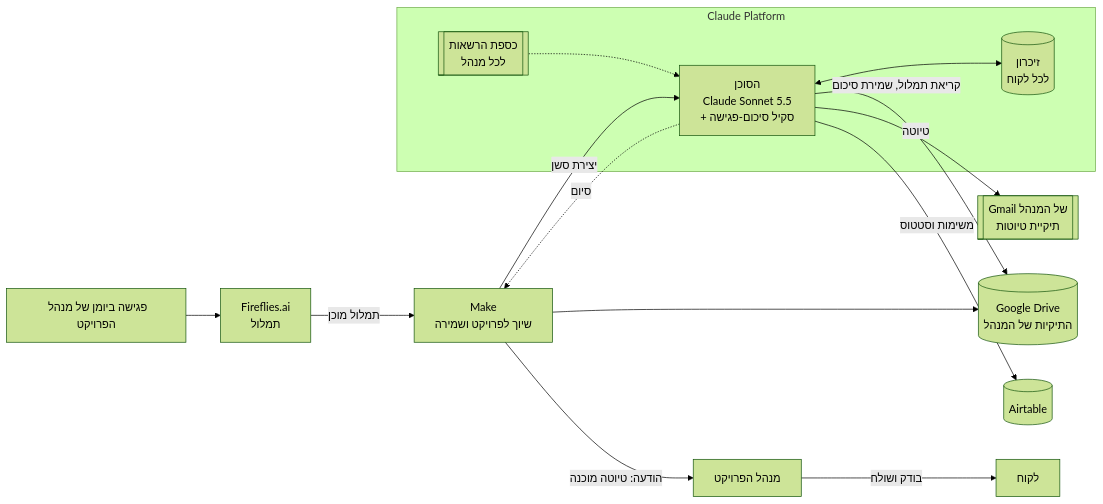
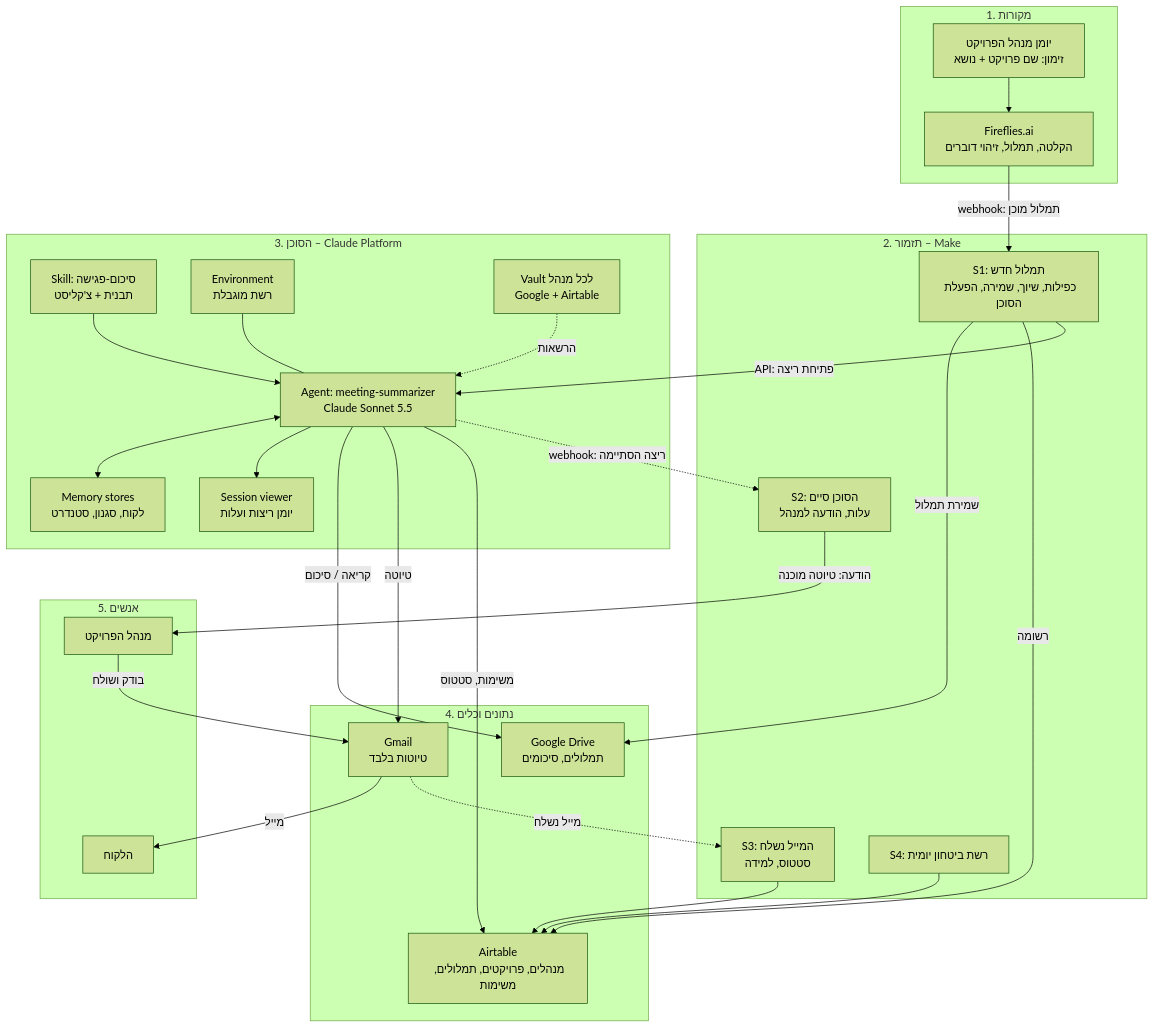
Before and after one commit to Inbalmrz/meeting-summary-agent: the first of 4 diagrams in SPEC.md, drawn with Mermaid (forest theme). The commit also changed other lines of this file, not shown here.

Commit message:
Expand architecture: layers, components, data flow, permissions, isolation, failures; add process diagrams

````diff
--- a/SPEC.md
+++ b/SPEC.md
@@ -130,22 +134,55 @@
 ```mermaid
-flowchart LR
-    MEET[פגישה ביומן של מנהל הפרויקט] --> FF[Fireflies.ai<br/>תמלול]
-    FF -->|תמלול מוכן| MK[Make<br/>שיוך לפרויקט ושמירה]
-    MK --> DR[(Google Drive<br/>התיקיות של המנהל)]
-    MK -->|יצירת סשן| AG
-
-    subgraph CP["Claude Platform"]
-        AG[הסוכן<br/>Claude Sonnet 5.5<br/>+ סקיל סיכום-פגישה]
-        MEM[(זיכרון<br/>לכל לקוח)]
-        VLT[[כספת הרשאות<br/>לכל מנהל]]
-        AG <--> MEM
-        VLT -.-> AG
+flowchart TB
+    subgraph L1["1. מקורות"]
+        CAL["יומן מנהל הפרויקט<br/>זימון: שם פרויקט + נושא"]
+        FF["Fireflies.ai<br/>הקלטה, תמלול, זיהוי דוברים"]
+        CAL --> FF
     end
 
-    AG -->|קריאת תמלול, שמירת סיכום| DR
-    AG -->|טיוטה| GM[[Gmail של המנהל<br/>תיקיית טיוטות]]
-    AG -->|משימות וסטטוס| AT[(Airtable)]
-    AG -.סיום.-> MK
-    MK -->|הודעה: טיוטה מוכנה| PM[מנהל הפרויקט]
-    PM -->|בודק ושולח| CL[לקוח]
+    subgraph L2["2. תזמור – Make"]
+        S1["S1: תמלול חדש<br/>כפילות, שיוך, שמירה, הפעלת הסוכן"]
+        S2["S2: הסוכן סיים<br/>עלות, הודעה למנהל"]
+        S3["S3: המייל נשלח<br/>סטטוס, למידה"]
+        S4["S4: רשת ביטחון יומית"]
+    end
+
+    subgraph L3["3. הסוכן – Claude Platform"]
+        AG["Agent: meeting-summarizer<br/>Claude Sonnet 5.5"]
+        SK["Skill: סיכום-פגישה<br/>תבנית + צ'קליסט"]
+        ENV["Environment<br/>רשת מוגבלת"]
+        VLT["Vault לכל מנהל<br/>Google + Airtable"]
+        MEM["Memory stores<br/>לקוח, סגנון, סטנדרט"]
+        LOG["Session viewer<br/>יומן ריצות ועלות"]
+        SK --> AG
+        ENV --- AG
+        VLT -. "הרשאות" .-> AG
+        AG <--> MEM
+        AG --> LOG
+    end
+
+    subgraph L4["4. נתונים וכלים"]
+        DR["Google Drive<br/>תמלולים, סיכומים"]
+        GM["Gmail<br/>טיוטות בלבד"]
+        AT["Airtable<br/>מנהלים, פרויקטים, תמלולים, משימות"]
+    end
+
+    subgraph L5["5. אנשים"]
+        PM["מנהל הפרויקט"]
+        CL["הלקוח"]
+    end
+
+    FF -- "webhook: תמלול מוכן" --> S1
+    S1 -- "שמירת תמלול" --> DR
+    S1 -- "רשומה" --> AT
+    S1 -- "API: פתיחת ריצה" --> AG
+    AG -- "קריאה / סיכום" --> DR
+    AG -- "טיוטה" --> GM
+    AG -- "משימות, סטטוס" --> AT
+    AG -. "webhook: ריצה הסתיימה" .-> S2
+    S2 -- "הודעה: טיוטה מוכנה" --> PM
+    PM -- "בודק ושולח" --> GM
+    GM -- "מייל" --> CL
+    GM -. "מייל נשלח" .-> S3
+    S3 --> AT
+    S4 --> AT
 ```
````
